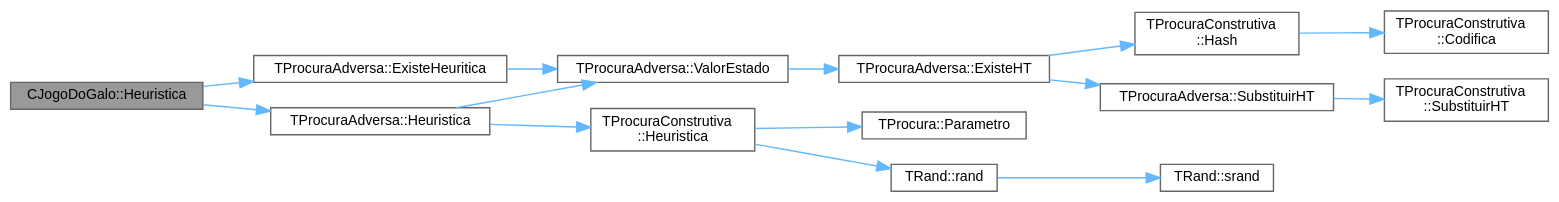
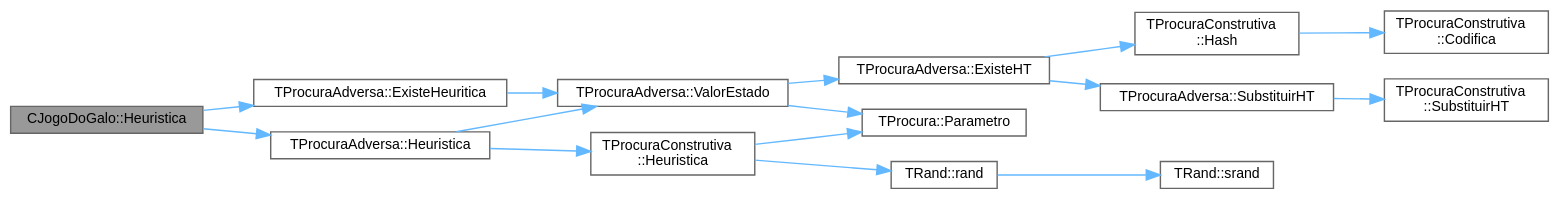
Before and after one commit to jcoelho72/TProcura: the diagram in classCJogoDoGalo_a3563839d5ffc94973acee1a1783e3527_cgraph.dot, drawn with Graphviz. The commit also changed 270 other files, not shown here.

```diff
--- a/classCJogoDoGalo_a3563839d5ffc94973acee1a1783e3527_cgraph.dot
+++ b/classCJogoDoGalo_a3563839d5ffc94973acee1a1783e3527_cgraph.dot
@@ -1,34 +1,35 @@
 digraph "CJogoDoGalo::Heuristica"
 {
  // LATEX_PDF_SIZE
   bgcolor="transparent";
   edge [fontname=Helvetica,fontsize=10,labelfontname=Helvetica,labelfontsize=10];
   node [fontname=Helvetica,fontsize=10,shape=box,height=0.2,width=0.4];
   rankdir="LR";
   Node1 [id="Node000001",label="CJogoDoGalo::Heuristica",height=0.2,width=0.4,color="gray40", fillcolor="grey60", style="filled", fontcolor="black",tooltip="Função para calcular quanto falta para o final, o valor da heurística."];
-  Node1 -> Node2 [id="edge14_Node000001_Node000002",color="steelblue1",style="solid",tooltip=" "];
+  Node1 -> Node2 [id="edge15_Node000001_Node000002",color="steelblue1",style="solid",tooltip=" "];
   Node2 [id="Node000002",label="TProcuraAdversa::ExisteHeuritica",height=0.2,width=0.4,color="grey40", fillcolor="white", style="filled",URL="$classTProcuraAdversa.html#aab0860dd7b025e71049e204adb25df25",tooltip=" "];
-  Node2 -> Node3 [id="edge15_Node000002_Node000003",color="steelblue1",style="solid",tooltip=" "];
+  Node2 -> Node3 [id="edge16_Node000002_Node000003",color="steelblue1",style="solid",tooltip=" "];
   Node3 [id="Node000003",label="TProcuraAdversa::ValorEstado",height=0.2,width=0.4,color="grey40", fillcolor="white", style="filled",URL="$classTProcuraAdversa.html#a9c95c246b28345f0d515a9083ffd646d",tooltip="ler ou gravar o melhor valor conhecido"];
-  Node3 -> Node4 [id="edge16_Node000003_Node000004",color="steelblue1",style="solid",tooltip=" "];
+  Node3 -> Node4 [id="edge17_Node000003_Node000004",color="steelblue1",style="solid",tooltip=" "];
   Node4 [id="Node000004",label="TProcuraAdversa::ExisteHT",height=0.2,width=0.4,color="grey40", fillcolor="white", style="filled",URL="$classTProcuraAdversa.html#ad01434aae577cafdb636f82ba2815215",tooltip=" "];
-  Node4 -> Node5 [id="edge17_Node000004_Node000005",color="steelblue1",style="solid",tooltip=" "];
+  Node4 -> Node5 [id="edge18_Node000004_Node000005",color="steelblue1",style="solid",tooltip=" "];
   Node5 [id="Node000005",label="TProcuraConstrutiva\l::Hash",height=0.2,width=0.4,color="grey40", fillcolor="white", style="filled",URL="$classTProcuraConstrutiva.html#a70375188a6ee7775bc842a3e64f8e35c",tooltip=" "];
-  Node5 -> Node6 [id="edge18_Node000005_Node000006",color="steelblue1",style="solid",tooltip=" "];
+  Node5 -> Node6 [id="edge19_Node000005_Node000006",color="steelblue1",style="solid",tooltip=" "];
   Node6 [id="Node000006",label="TProcuraConstrutiva\l::Codifica",height=0.2,width=0.4,color="grey40", fillcolor="white", style="filled",URL="$group__RedefinicaoSugerida.html#ga5ff46e85c8f1394c2502f17025284c11",tooltip="Codifica o estado para um vetor de inteiros de 64 bits."];
-  Node4 -> Node7 [id="edge19_Node000004_Node000007",color="steelblue1",style="solid",tooltip=" "];
+  Node4 -> Node7 [id="edge20_Node000004_Node000007",color="steelblue1",style="solid",tooltip=" "];
   Node7 [id="Node000007",label="TProcuraAdversa::SubstituirHT",height=0.2,width=0.4,color="grey40", fillcolor="white", style="filled",URL="$classTProcuraAdversa.html#ab13f514d86e599dc15a682e6a6199987",tooltip=" "];
-  Node7 -> Node8 [id="edge20_Node000007_Node000008",color="steelblue1",style="solid",tooltip=" "];
+  Node7 -> Node8 [id="edge21_Node000007_Node000008",color="steelblue1",style="solid",tooltip=" "];
   Node8 [id="Node000008",label="TProcuraConstrutiva\l::SubstituirHT",height=0.2,width=0.4,color="grey40", fillcolor="white", style="filled",URL="$classTProcuraConstrutiva.html#a99b7a74f16f5a1b63b12bf629b902057",tooltip=" "];
-  Node1 -> Node9 [id="edge21_Node000001_Node000009",color="steelblue1",style="solid",tooltip=" "];
-  Node9 [id="Node000009",label="TProcuraAdversa::Heuristica",height=0.2,width=0.4,color="grey40", fillcolor="white", style="filled",URL="$classTProcuraAdversa.html#a75e148ba0a922339333940828366aed6",tooltip="chamar após calcular a heurística (grava o valor, dependendo da parametrização)"];
-  Node9 -> Node10 [id="edge22_Node000009_Node000010",color="steelblue1",style="solid",tooltip=" "];
-  Node10 [id="Node000010",label="TProcuraConstrutiva\l::Heuristica",height=0.2,width=0.4,color="grey40", fillcolor="white", style="filled",URL="$group__RedefinicaoSugerida.html#ga0e8bb1bd33683545dc4f8f6329548b40",tooltip="Função para calcular quanto falta para o final, o valor da heurística."];
-  Node10 -> Node11 [id="edge23_Node000010_Node000011",color="steelblue1",style="solid",tooltip=" "];
-  Node11 [id="Node000011",label="TProcura::Parametro",height=0.2,width=0.4,color="grey40", fillcolor="white", style="filled",URL="$classTProcura.html#aea8aa78e35d28d0beb438e24fc7ee086",tooltip=" "];
-  Node10 -> Node12 [id="edge24_Node000010_Node000012",color="steelblue1",style="solid",tooltip=" "];
+  Node3 -> Node9 [id="edge22_Node000003_Node000009",color="steelblue1",style="solid",tooltip=" "];
+  Node9 [id="Node000009",label="TProcura::Parametro",height=0.2,width=0.4,color="grey40", fillcolor="white", style="filled",URL="$classTProcura.html#a0e9e692f29af8a5d5279a8647c800437",tooltip=" "];
+  Node1 -> Node10 [id="edge23_Node000001_Node000010",color="steelblue1",style="solid",tooltip=" "];
+  Node10 [id="Node000010",label="TProcuraAdversa::Heuristica",height=0.2,width=0.4,color="grey40", fillcolor="white", style="filled",URL="$classTProcuraAdversa.html#a75e148ba0a922339333940828366aed6",tooltip="chamar após calcular a heurística (grava o valor, dependendo da parametrização)"];
+  Node10 -> Node11 [id="edge24_Node000010_Node000011",color="steelblue1",style="solid",tooltip=" "];
+  Node11 [id="Node000011",label="TProcuraConstrutiva\l::Heuristica",height=0.2,width=0.4,color="grey40", fillcolor="white", style="filled",URL="$group__RedefinicaoSugerida.html#ga0e8bb1bd33683545dc4f8f6329548b40",tooltip="Função para calcular quanto falta para o final, o valor da heurística."];
+  Node11 -> Node9 [id="edge25_Node000011_Node000009",color="steelblue1",style="solid",tooltip=" "];
+  Node11 -> Node12 [id="edge26_Node000011_Node000012",color="steelblue1",style="solid",tooltip=" "];
   Node12 [id="Node000012",label="TRand::rand",height=0.2,width=0.4,color="grey40", fillcolor="white", style="filled",URL="$namespaceTRand.html#a8f8ec155d796c5586198ac75eb966d4f",tooltip="Retorna o próximo valor pseudo-aleatório."];
-  Node12 -> Node13 [id="edge25_Node000012_Node000013",color="steelblue1",style="solid",tooltip=" "];
+  Node12 -> Node13 [id="edge27_Node000012_Node000013",color="steelblue1",style="solid",tooltip=" "];
   Node13 [id="Node000013",label="TRand::srand",height=0.2,width=0.4,color="grey40", fillcolor="white", style="filled",URL="$namespaceTRand.html#ad0b319d6f58ab6820b001b4e3d3ae245",tooltip="Inicializa a semente da geração pseudo-aleatória."];
-  Node9 -> Node3 [id="edge26_Node000009_Node000003",color="steelblue1",style="solid",tooltip=" "];
+  Node10 -> Node3 [id="edge28_Node000010_Node000003",color="steelblue1",style="solid",tooltip=" "];
 }
```
